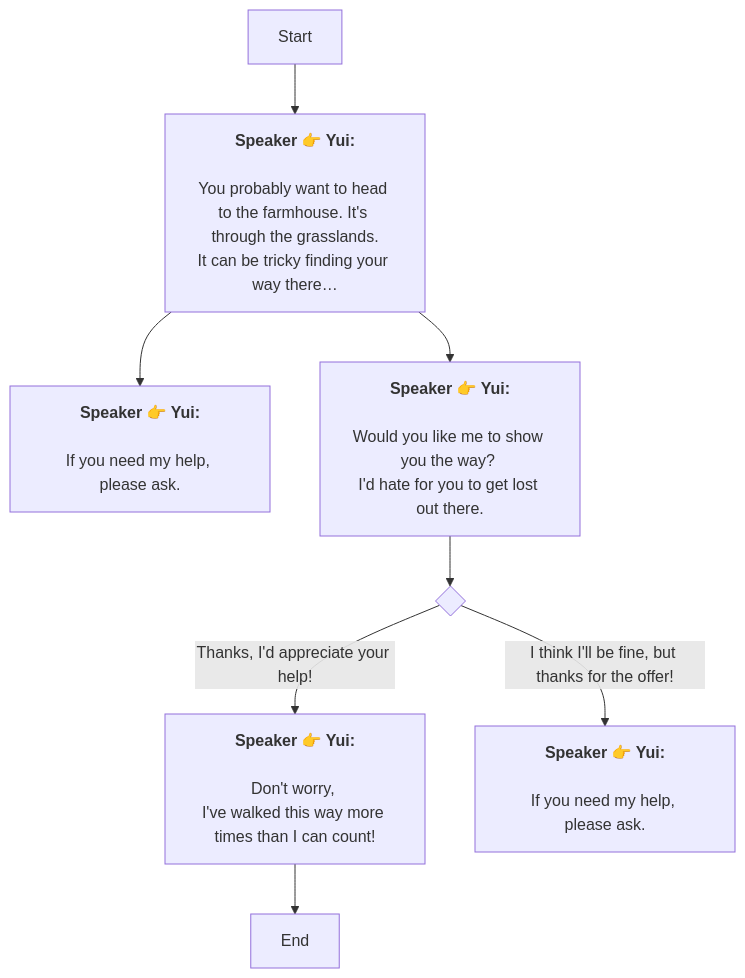
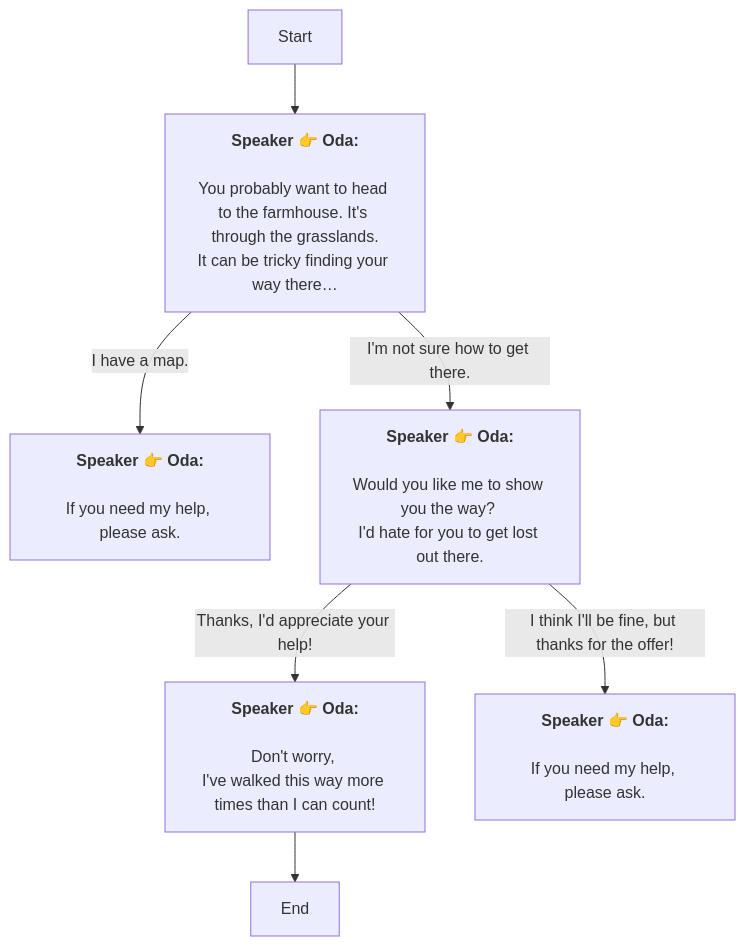
One commit to SoftHu/tos_avg changed the diagram in En/QuestTalkObjectiveNode_1769054165073982.md. Above: the diagram before and after it, drawn with Mermaid. The commit also changed 737 other files, not shown here.

````diff
--- a/En/QuestTalkObjectiveNode_1769054165073982.md
+++ b/En/QuestTalkObjectiveNode_1769054165073982.md
@@ -1,24 +1,18 @@
 ```mermaid
 graph
-Start -->1769054202247250[<b>Speaker 👉 Yui:</b>
-
-You probably want to head to the farmhouse. It's through the grasslands.
+Start -->1769054202247250[<b>Speaker 👉 Oda:</b>
+\nYou probably want to head to the farmhouse. It's through the grasslands.
 It can be tricky finding your way there…]
-1769054202247250 -->1769054202249302[<b>Speaker 👉 Yui:</b>
-
-If you need my help, please ask.]
-1769054202247250 -->1769054202250328[<b>Speaker 👉 Yui:</b>
-
-Would you like me to show you the way? 
+1769054202247250 -->|I have a map.|1769054202249302[<b>Speaker 👉 Oda:</b>
+\nIf you need my help, please ask.]
+1769054202247250 -->|I'm not sure how to get there.|1769054202250328[<b>Speaker 👉 Oda:</b>
+\nWould you like me to show you the way? 
 I'd hate for you to get lost out there.]
-1769054202250328 -->1769054202251355{ }
-1769054202251355 -->|Thanks, I'd appreciate your help!|1769054202252380[<b>Speaker 👉 Yui:</b>
-
-Don't worry, 
+1769054202250328 -->|Thanks, I'd appreciate your help!|1769054202252380[<b>Speaker 👉 Oda:</b>
+\nDon't worry, 
 I've walked this way more times than I can count!]
-1769054202251355 -->|I think I'll be fine, but thanks for the offer!|1769054202254430[<b>Speaker 👉 Yui:</b>
-
-If you need my help, please ask.]
+1769054202250328 -->|I think I'll be fine, but thanks for the offer!|1769054202254430[<b>Speaker 👉 Oda:</b>
+\nIf you need my help, please ask.]
 1769054202252380 -->1769054202253405[End]
 
- ```
+```
````
